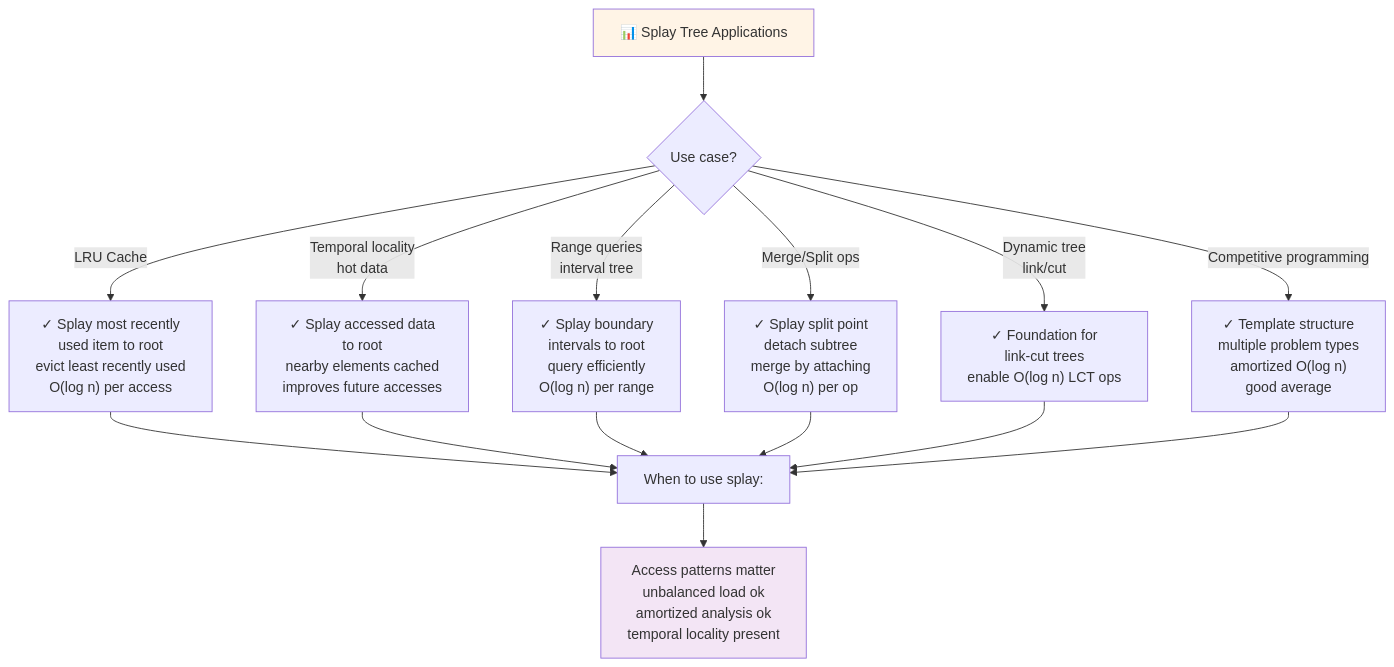
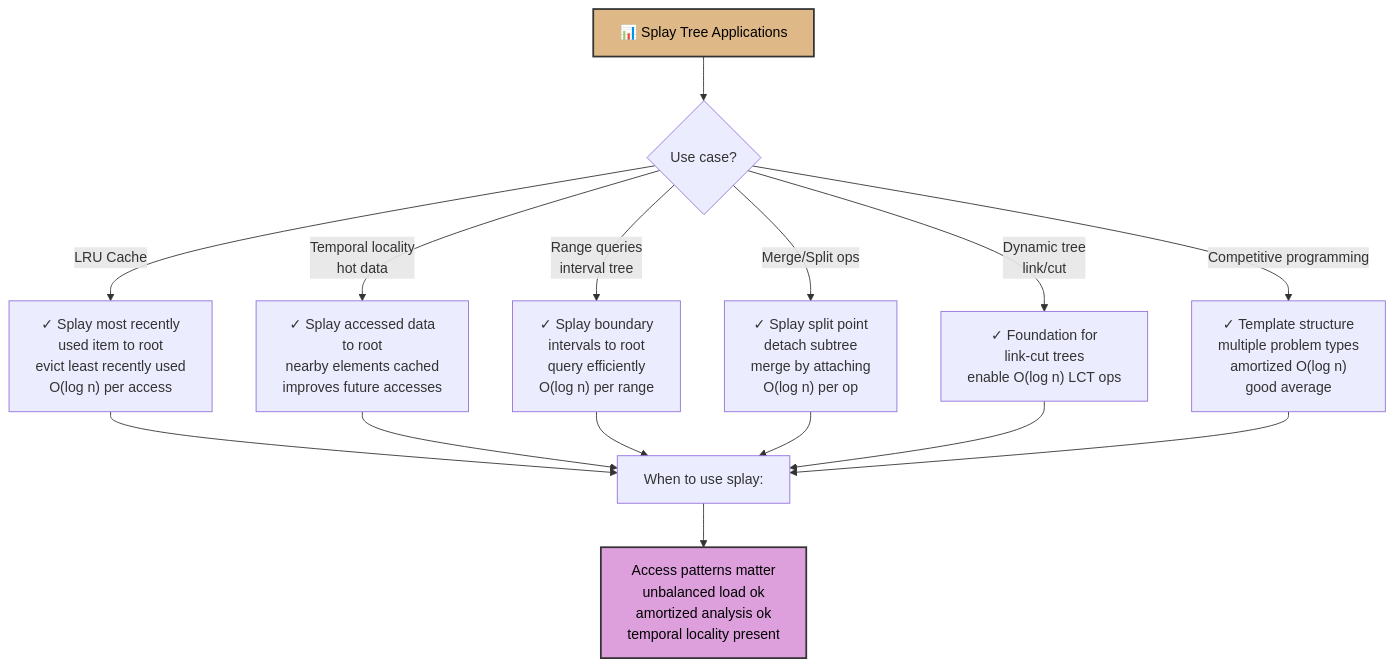
One commit to souradeepta/interviewprep changed the fourth of 4 diagrams in docs/advanced_ds/splay_tree.md. Above: the diagram before and after it, drawn with Mermaid. The commit also changed other lines of this file and 31 other files, not shown here.

Commit message:
updated graphs

````diff
--- a/docs/advanced_ds/splay_tree.md
+++ b/docs/advanced_ds/splay_tree.md
@@ -180,20 +180,20 @@
 ```mermaid
 flowchart TD
     A["📊 Splay Tree Applications"] --> B{Use case?}
     B -->|LRU Cache| C["✓ Splay most recently<br/>used item to root<br/>evict least recently used<br/>O(log n) per access"]
     B -->|Temporal locality<br/>hot data| D["✓ Splay accessed data<br/>to root<br/>nearby elements cached<br/>improves future accesses"]
     B -->|Range queries<br/>interval tree| E["✓ Splay boundary<br/>intervals to root<br/>query efficiently<br/>O(log n) per range"]
     B -->|Merge/Split ops| F["✓ Splay split point<br/>detach subtree<br/>merge by attaching<br/>O(log n) per op"]
     B -->|Dynamic tree<br/>link/cut| G["✓ Foundation for<br/>link-cut trees<br/>enable O(log n) LCT ops"]
     B -->|Competitive programming| H["✓ Template structure<br/>multiple problem types<br/>amortized O(log n)<br/>good average"]
     C --> I["When to use splay:"]
     D --> I
     E --> I
     F --> I
     G --> I
     H --> I
     I --> J["Access patterns matter<br/>unbalanced load ok<br/>amortized analysis ok<br/>temporal locality present"]
     
-    style A fill:#fff4e6
-    style J fill:#f3e5f5
+    style A fill:#deb887,color:#000,stroke:#333,stroke-width:2px
+    style J fill:#dda0dd,color:#000,stroke:#333,stroke-width:2px
 ```
````
